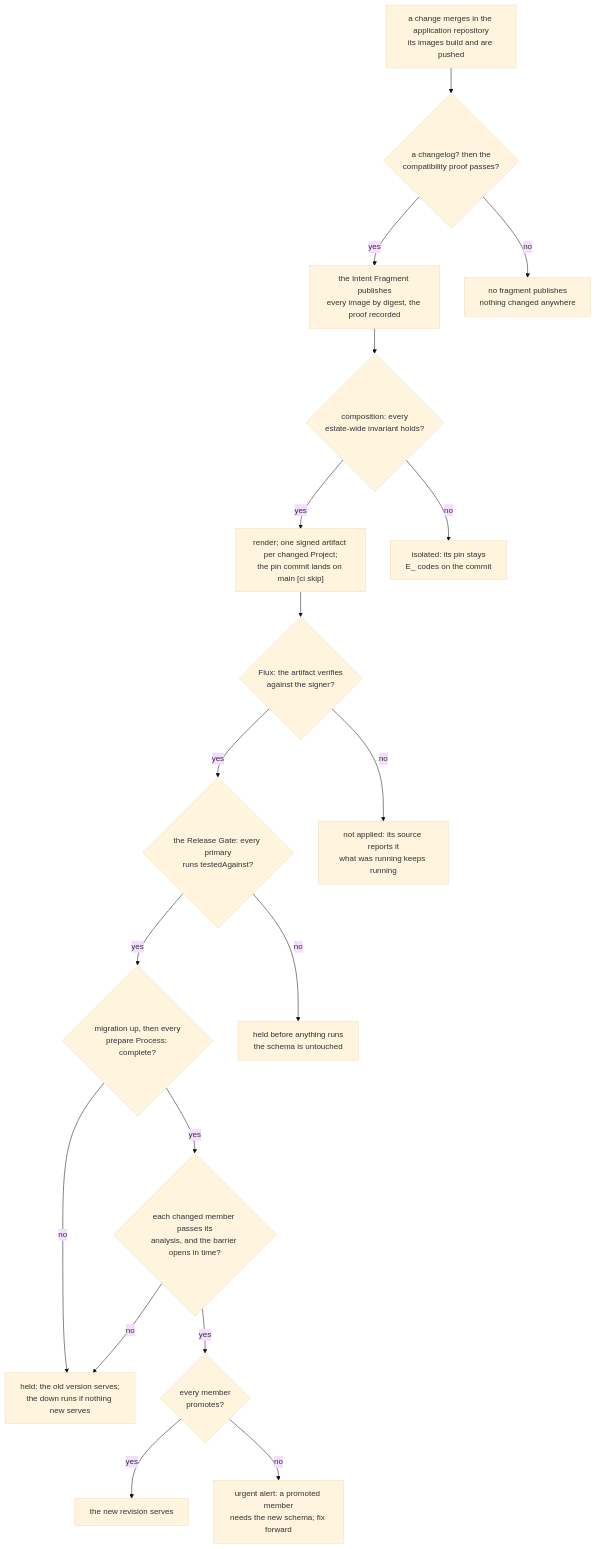
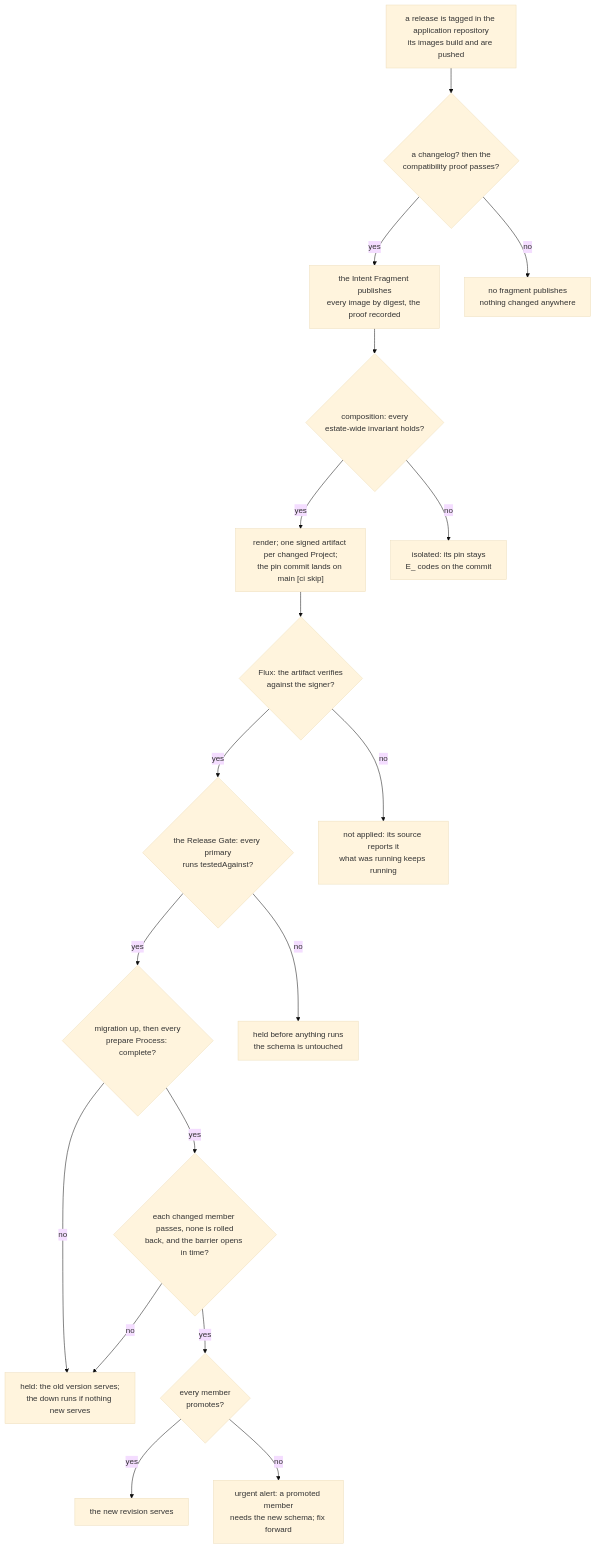
One commit to JorisJonkers-dev/deploy-kit changed the diagram in spec/v1/55-delivery.md. Above: the diagram before and after it, drawn with Mermaid (base theme). The commit also changed 1 other file, not shown here.

Commit message:
docs(spec): start the release diagram at a release tag, and hold on a member the gate rolls back

````diff
--- a/spec/v1/55-delivery.md
+++ b/spec/v1/55-delivery.md
@@ -1112,20 +1112,20 @@
 ```mermaid
 flowchart TB
-    S1["a change merges in the application repository<br/>its images build and are pushed"] --> D1{"a changelog? then the<br/>compatibility proof passes?"}
+    S1["a release is tagged in the application repository<br/>its images build and are pushed"] --> D1{"a changelog? then the<br/>compatibility proof passes?"}
     D1 -->|yes| S2["the Intent Fragment publishes<br/>every image by digest, the proof recorded"]
     D1 -->|no| F1["no fragment publishes<br/>nothing changed anywhere"]
     S2 --> D2{"composition: every<br/>estate-wide invariant holds?"}
     D2 -->|yes| S3["render; one signed artifact per changed Project;<br/>the pin commit lands on main [ci skip]"]
     D2 -->|no| F2["isolated: its pin stays<br/>E_ codes on the commit"]
     S3 --> D3{"Flux: the artifact verifies<br/>against the signer?"}
     D3 -->|yes| D4{"the Release Gate: every primary<br/>runs testedAgainst?"}
     D3 -->|no| F3["not applied: its source reports it<br/>what was running keeps running"]
     D4 -->|yes| D5{"migration up, then every<br/>prepare Process: complete?"}
     D4 -->|no| F4["held before anything runs<br/>the schema is untouched"]
-    D5 -->|yes| D6{"each changed member passes its<br/>analysis, and the barrier opens in time?"}
+    D5 -->|yes| D6{"each changed member passes, none is rolled<br/>back, and the barrier opens in time?"}
     D5 -->|no| F5["held: the old version serves;<br/>the down runs if nothing new serves"]
     D6 -->|no| F5
     D6 -->|yes| D7{"every member<br/>promotes?"}
     D7 -->|yes| S4["the new revision serves"]
     D7 -->|no| F7["urgent alert: a promoted member<br/>needs the new schema; fix forward"]
 ```
````
